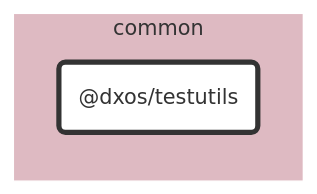
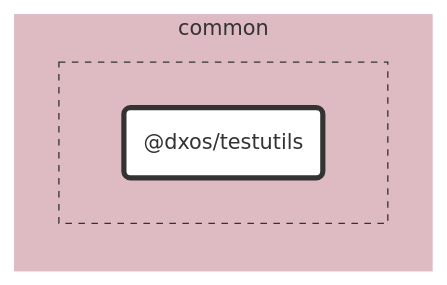
Before and after one commit to dxos/dxos: the diagram in packages/common/testutils/docs/README.md, drawn with Mermaid. The commit also changed 6 other files, not shown here.

First line of the commit message:
chore: mermaid builder.%%{ init: {'flowchart':{'curve':'basis'}} }%%

````diff
--- a/packages/common/testutils/docs/README.md
+++ b/packages/common/testutils/docs/README.md
@@ -7,25 +7,30 @@
 ```mermaid
 %%{ init: {'flowchart':{'curve':'basis'}} }%%
 
 flowchart LR
 
 %% Links
 
 %% Sections
 subgraph common
   style common fill:#debac2,stroke:#fff;
 
-  dxos/testutils("@dxos/testutils")
+
+  subgraph common-excluded [ ]
+    style common-excluded fill:#debac2,stroke:#333,stroke-dasharray:5 5;
+
+    dxos/testutils("@dxos/testutils")
+  end
 end
 
 
 %% Hyperlinks
 
 %% Styles
 classDef rootNode fill:#fff,stroke:#333,stroke-width:4px
 classDef defaultNode fill:#fff,stroke:#333,stroke-width:1px
 linkStyle default stroke:#333,stroke-width:1px
 
 dxos/testutils:::rootNode
 
 ```
````
